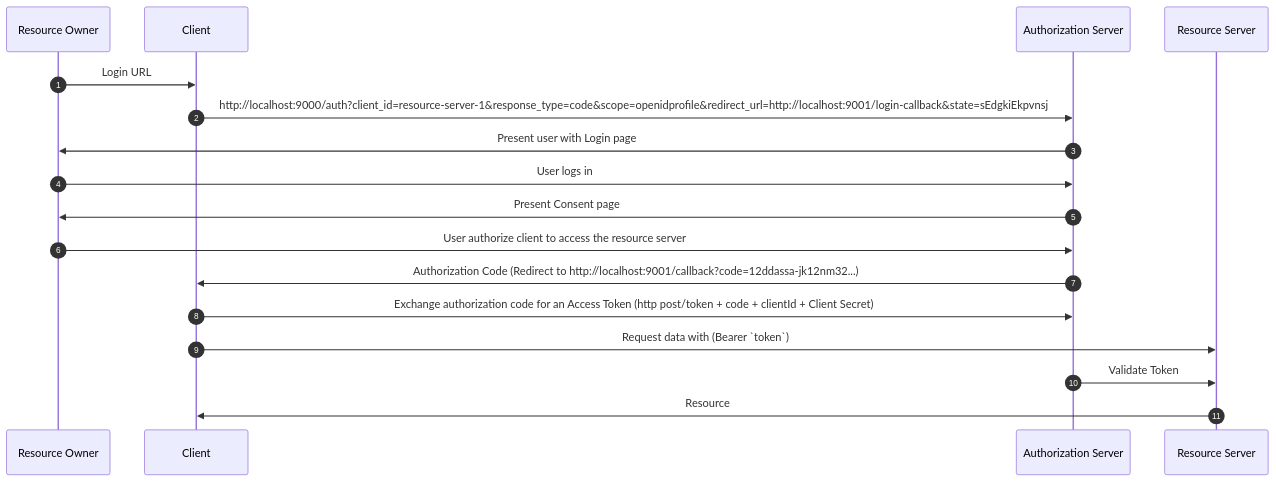
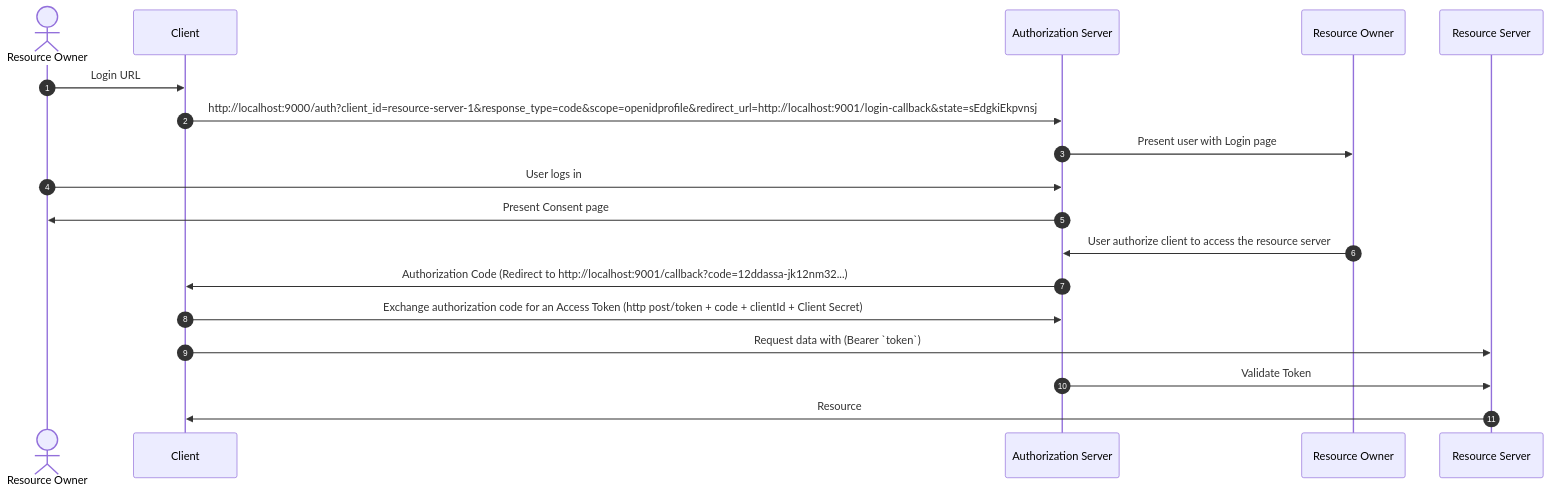
Before and after one commit to m-thirumal/oauth-authorization-server: the diagram in docs/index.md, drawn with Mermaid. The commit also changed 1 other file, not shown here.

Commit message:
Alias in sequence dia

````diff
--- a/docs/index.md
+++ b/docs/index.md
@@ -9,16 +9,18 @@
 ``` mermaid
 sequenceDiagram
+  actor O AS  Resource Owner
+  participant C AS Client
   autonumber
-  Resource Owner->>Client: Login URL
-  Client->>Authorization Server: http://localhost:9000/auth?client_id=resource-server-1&response_type=code&scope=openidprofile&redirect_url=http://localhost:9001/login-callback&state=sEdgkiEkpvnsj
+  O->>C: Login URL
+  C->>Authorization Server: http://localhost:9000/auth?client_id=resource-server-1&response_type=code&scope=openidprofile&redirect_url=http://localhost:9001/login-callback&state=sEdgkiEkpvnsj
   Authorization Server->>Resource Owner: Present user with Login page
-  Resource Owner->> Authorization Server: User logs in
-  Authorization Server->>Resource Owner: Present Consent page
+  O->> Authorization Server: User logs in
+  Authorization Server->>O: Present Consent page
   Resource Owner->> Authorization Server: User authorize client to access the resource server
-  Authorization Server->>Client: Authorization Code (Redirect to http://localhost:9001/callback?code=12ddassa-jk12nm32...)
-  Client->>Authorization Server: Exchange authorization code for an Access Token (http post/token + code + clientId + Client Secret)
-  Client->>Resource Server: Request data with (Bearer `token`)
+  Authorization Server->>C: Authorization Code (Redirect to http://localhost:9001/callback?code=12ddassa-jk12nm32...)
+  C->>Authorization Server: Exchange authorization code for an Access Token (http post/token + code + clientId + Client Secret)
+  C->>Resource Server: Request data with (Bearer `token`)
   Authorization Server ->>Resource Server: Validate Token
-  Resource Server->>Client: Resource
+  Resource Server->>C: Resource
 
 ```
````
